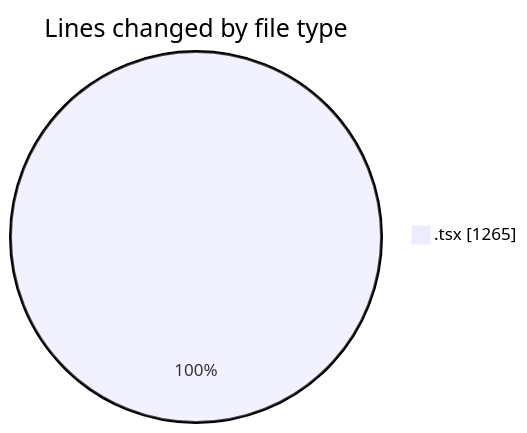
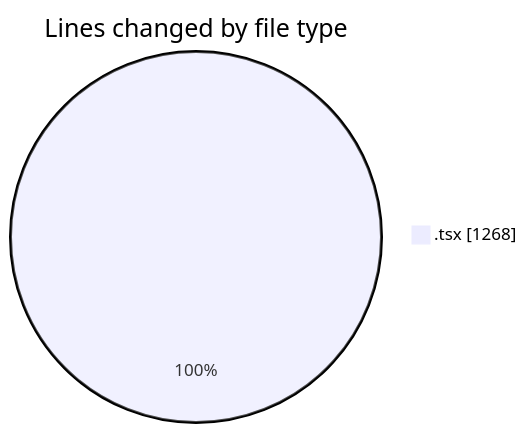
The first of 2 diagrams in 2026-02-10/nxtqube_webapp/README.md (nxtqubesakshisongat/code-tracking), drawn with Mermaid before and after one commit. The commit also changed other lines of this file and 1 other file, not shown here.

````diff
--- a/2026-02-10/nxtqube_webapp/README.md
+++ b/2026-02-10/nxtqube_webapp/README.md
@@ -21,5 +21,5 @@
 ```mermaid
 pie showData
 title Lines changed by file type
-".tsx" : 1265
+".tsx" : 1268
 ```
````
